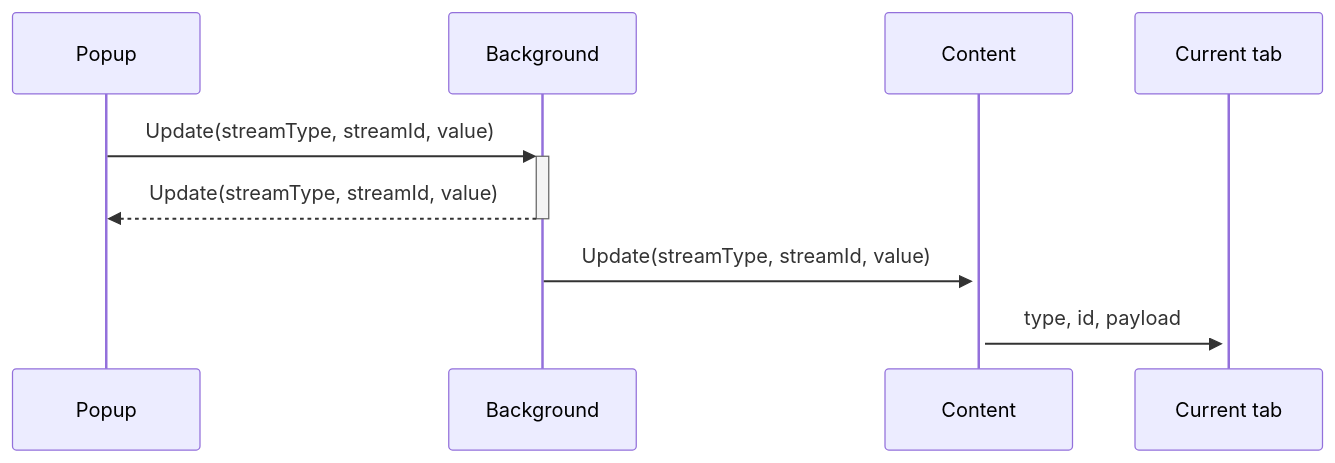
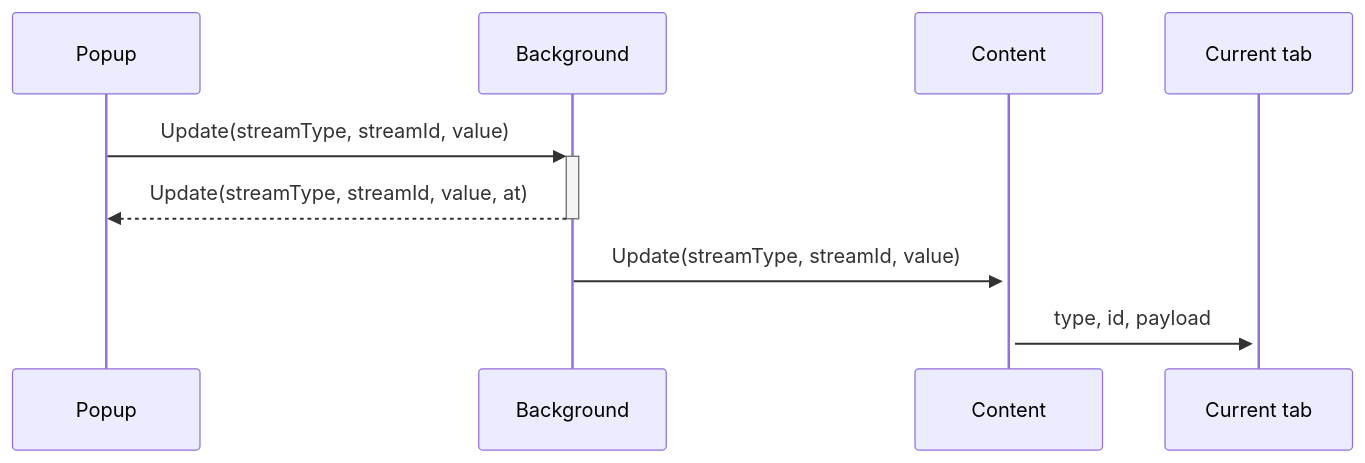
Before and after one commit to IndianaGeorge/react-state-events-devtool: the third of 4 diagrams in README.md, drawn with Mermaid. The commit also changed other lines of this file and 6 other files, not shown here.

````diff
--- a/README.md
+++ b/README.md
@@ -45,11 +45,11 @@
 ```mermaid
 sequenceDiagram
     participant Popup
     participant Background
     participant Content
     participant Current tab
     Popup->>+Background: Update(streamType, streamId, value)
-    Background-->>-Popup: Update(streamType, streamId, value)
+    Background-->>-Popup: Update(streamType, streamId, value, at)
     Background->>+Content: Update(streamType, streamId, value)
     Content->>+Current tab: type, id, payload
 ```
````
